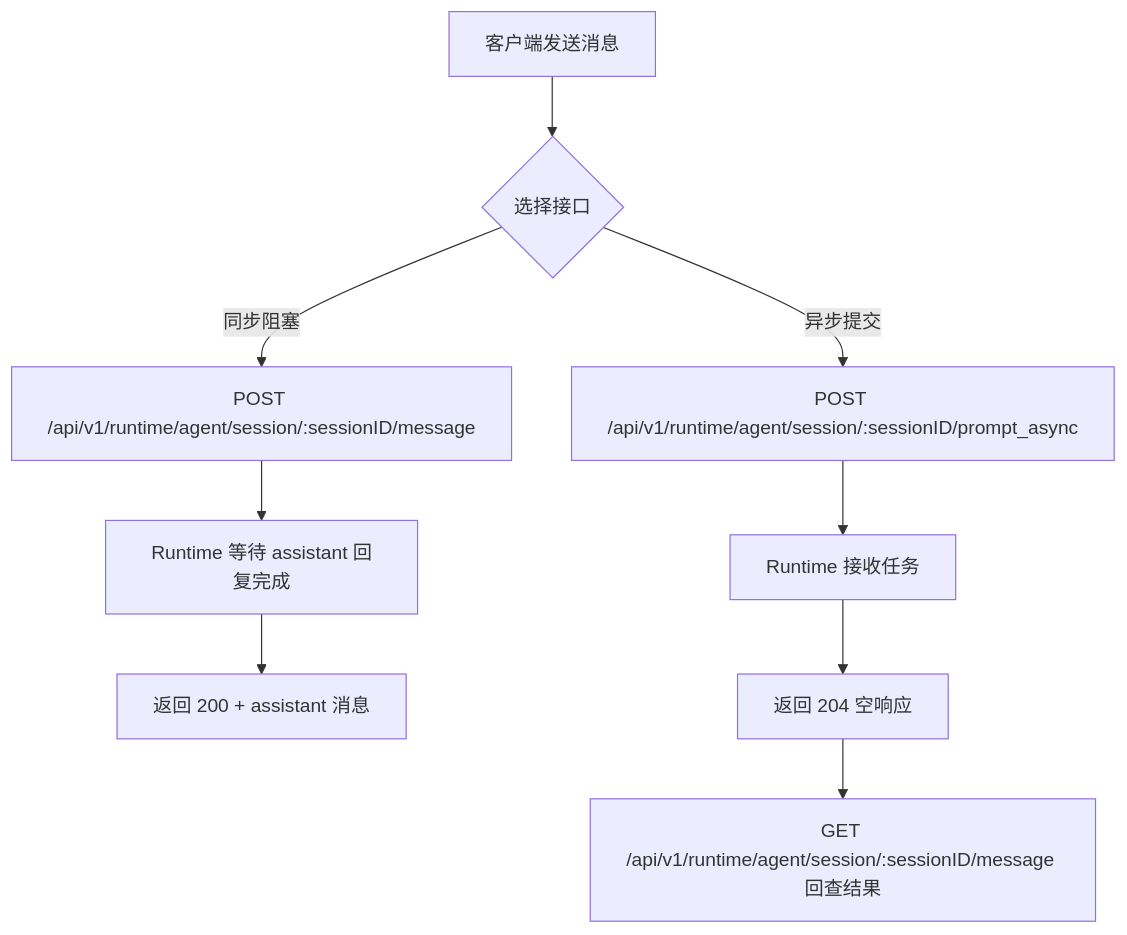
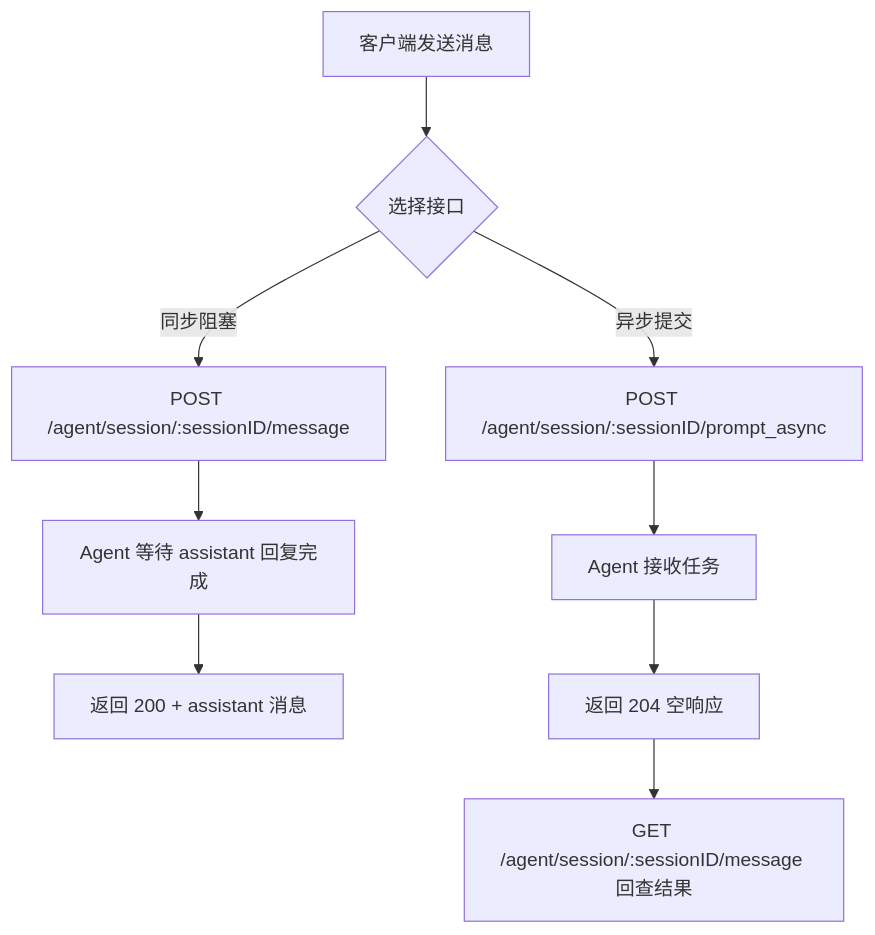
The fourth of 5 diagrams in API.md (ArchAIHarness/agent-master), drawn with Mermaid before and after one commit. The commit also changed other lines of this file and 24 other files, not shown here.

Commit message:
fix: restore stable runtime control flow

````diff
--- a/API.md
+++ b/API.md
@@ -123,11 +124,11 @@
 ```mermaid
 flowchart TD
     start["客户端发送消息"] --> choose{"选择接口"}
-    choose -->|同步阻塞| syncReq["POST /api/v1/runtime/agent/session/:sessionID/message"]
-    syncReq --> syncWait["Runtime 等待 assistant 回复完成"]
+    choose -->|同步阻塞| syncReq["POST /agent/session/:sessionID/message"]
+    syncReq --> syncWait["Agent 等待 assistant 回复完成"]
     syncWait --> syncResp["返回 200 + assistant 消息"]
-    choose -->|异步提交| asyncReq["POST /api/v1/runtime/agent/session/:sessionID/prompt_async"]
-    asyncReq --> asyncAccepted["Runtime 接收任务"]
+    choose -->|异步提交| asyncReq["POST /agent/session/:sessionID/prompt_async"]
+    asyncReq --> asyncAccepted["Agent 接收任务"]
     asyncAccepted --> asyncResp["返回 204 空响应"]
-    asyncResp --> queryMsg["GET /api/v1/runtime/agent/session/:sessionID/message 回查结果"]
+    asyncResp --> queryMsg["GET /agent/session/:sessionID/message 回查结果"]
 ```
````
